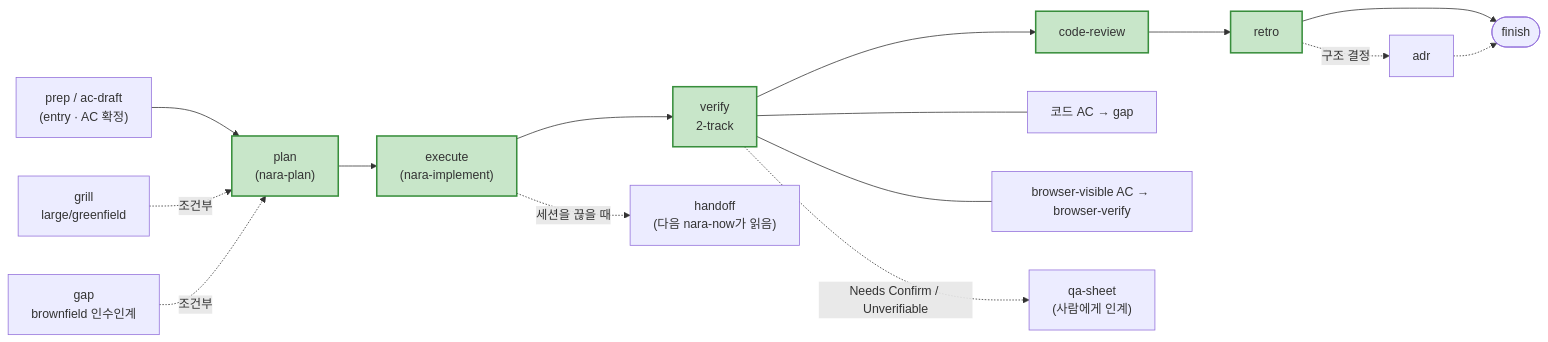
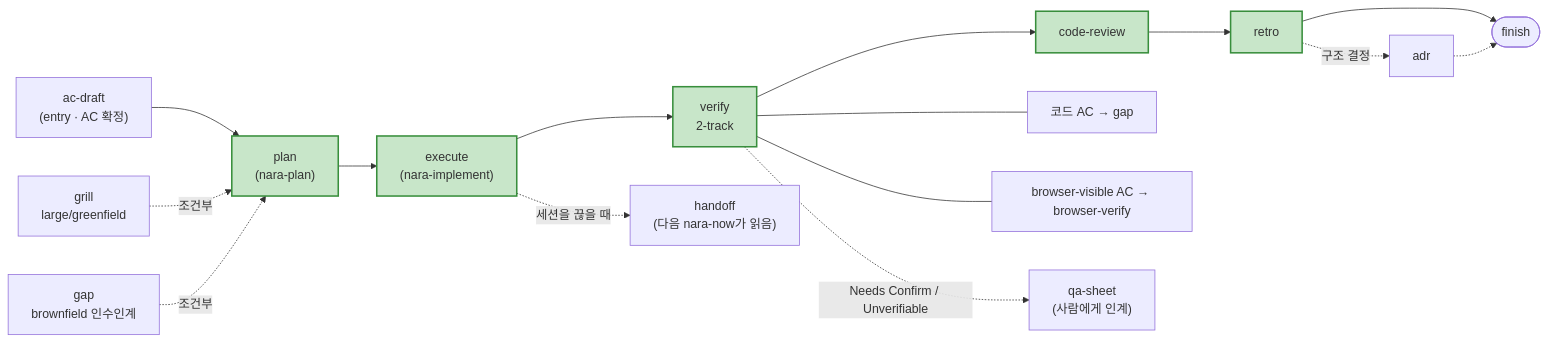
The first of 2 diagrams in skills/README.md (narashin/nara-kit), drawn with Mermaid before and after one commit. The commit also changed other lines of this file and 55 other files, not shown here.

````diff
--- a/skills/README.md
+++ b/skills/README.md
@@ -159,17 +158,17 @@
 ```mermaid
 flowchart LR
-    E["prep / ac-draft<br>(entry · AC 확정)"] --> P["plan<br>(nara-plan)"] --> X["execute<br>(nara-implement)"] --> V["verify<br>2-track"] --> R[code-review] --> RF[retro] --> F([finish])
+    E["ac-draft<br>(entry · AC 확정)"] --> P["plan<br>(nara-plan)"] --> X["execute<br>(nara-implement)"] --> V["verify<br>2-track"] --> R[code-review] --> RF[retro] --> F([finish])
     B["grill<br>large/greenfield"] -. 조건부 .-> P
     G["gap<br>brownfield 인수인계"] -. 조건부 .-> P
     V --- V1["코드 AC → gap"]
     V --- V2["browser-visible AC → browser-verify"]
     V -. Needs Confirm / Unverifiable .-> Q["qa-sheet<br>(사람에게 인계)"]
     RF -. 구조 결정 .-> A[adr] -.-> F
     X -. 세션을 끊을 때 .-> H["handoff<br>(다음 nara-now가 읽음)"]
 
     style P fill:#c8e6c9,stroke:#388e3c,stroke-width:2px
     style X fill:#c8e6c9,stroke:#388e3c,stroke-width:2px
     style V fill:#c8e6c9,stroke:#388e3c,stroke-width:2px
     style R fill:#c8e6c9,stroke:#388e3c,stroke-width:2px
     style RF fill:#c8e6c9,stroke:#388e3c,stroke-width:2px
 ```
````
